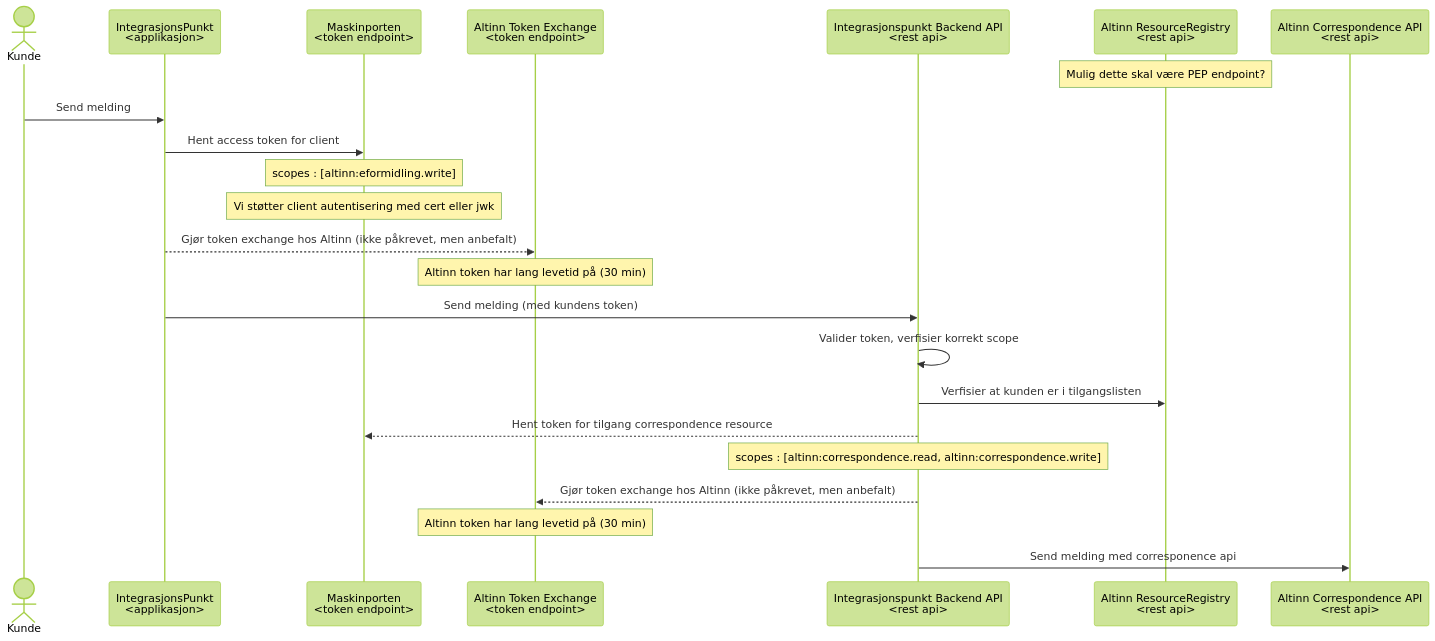
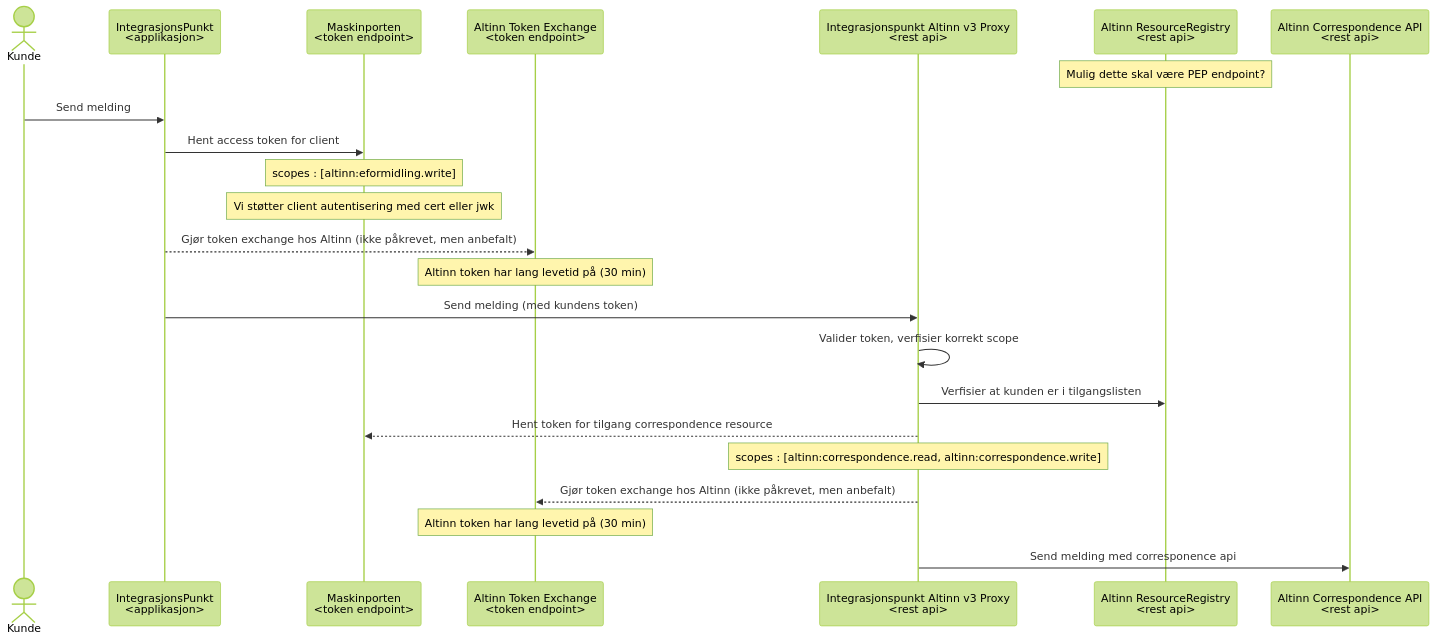
One commit to felleslosninger/efm-integrasjonspunkt changed the second of 2 diagrams in altinn-v3-client/altinn_dpv.md. Above: the diagram before and after it, drawn with Mermaid (forest theme). The commit also changed 9 other files, not shown here.

Commit message:
Altinn v3 proxy (liten proof of concept)

````diff
--- a/altinn-v3-client/altinn_dpv.md
+++ b/altinn-v3-client/altinn_dpv.md
@@ -28,28 +28,28 @@
 ```mermaid
 sequenceDiagram
     actor K as Kunde
     participant IP as IntegrasjonsPunkt<br><applikasjon>
     participant M as Maskinporten<br><token endpoint>
     participant AT as Altinn Token Exchange<br><token endpoint>
-    participant IB as Integrasjonspunkt Backend API<br><rest api>
+    participant IB as Integrasjonspunkt Altinn v3 Proxy<br><rest api>
     participant AR as Altinn ResourceRegistry<br><rest api>
     participant AC as Altinn Correspondence API<br><rest api>
     
     note over AR: Mulig dette skal være PEP endpoint?
     
     K->>IP: Send melding
     IP->>M: Hent access token for client
     note over M : scopes : [altinn:eformidling.write]
     note over M : Vi støtter client autentisering med cert eller jwk
     IP-->>AT: Gjør token exchange hos Altinn (ikke påkrevet, men anbefalt)
     note over AT : Altinn token har lang levetid på (30 min)
 
     IP->>IB: Send melding (med kundens token)
     IB->>IB: Valider token, verfisier korrekt scope
     IB->>AR: Verfisier at kunden er i tilgangslisten
     IB-->>M: Hent token for tilgang correspondence resource
     note over IB: scopes : [altinn:correspondence.read, altinn:correspondence.write]
     IB-->>AT: Gjør token exchange hos Altinn (ikke påkrevet, men anbefalt)
     note over AT : Altinn token har lang levetid på (30 min)
     IB->>AC: Send melding med corresponence api
 ```
````
